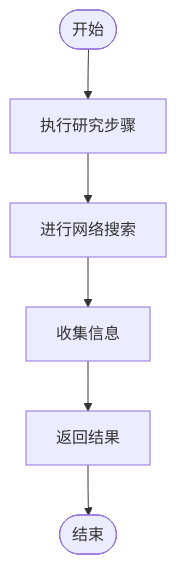
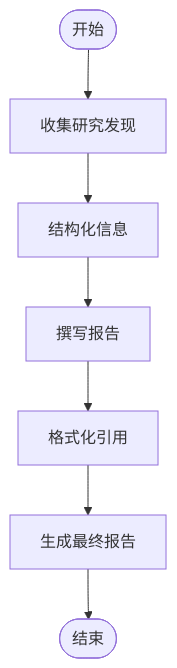
Before and after one commit to zhangler1/deer-flow: the tenth of 11 diagrams in .qoder/repowiki/zh/content/系统概述.md, drawn with Mermaid. The commit also changed other lines of this file and 61 other files, not shown here.

````diff
--- a/.qoder/repowiki/zh/content/系统概述.md
+++ b/.qoder/repowiki/zh/content/系统概述.md
@@ -142,8 +262,9 @@
 ```mermaid
 flowchart TD
-Start([开始]) --> Research["执行研究步骤"]
-Research --> Search["进行网络搜索"]
-Search --> Collect["收集信息"]
-Collect --> Return["返回结果"]
-Return --> End([结束])
+Start([开始]) --> CollectFindings["收集研究发现"]
+CollectFindings --> StructureInfo["结构化信息"]
+StructureInfo --> WriteReport["撰写报告"]
+WriteReport --> FormatCitations["格式化引用"]
+FormatCitations --> GenerateFinalReport["生成最终报告"]
+GenerateFinalReport --> End([结束])
 ```
````
